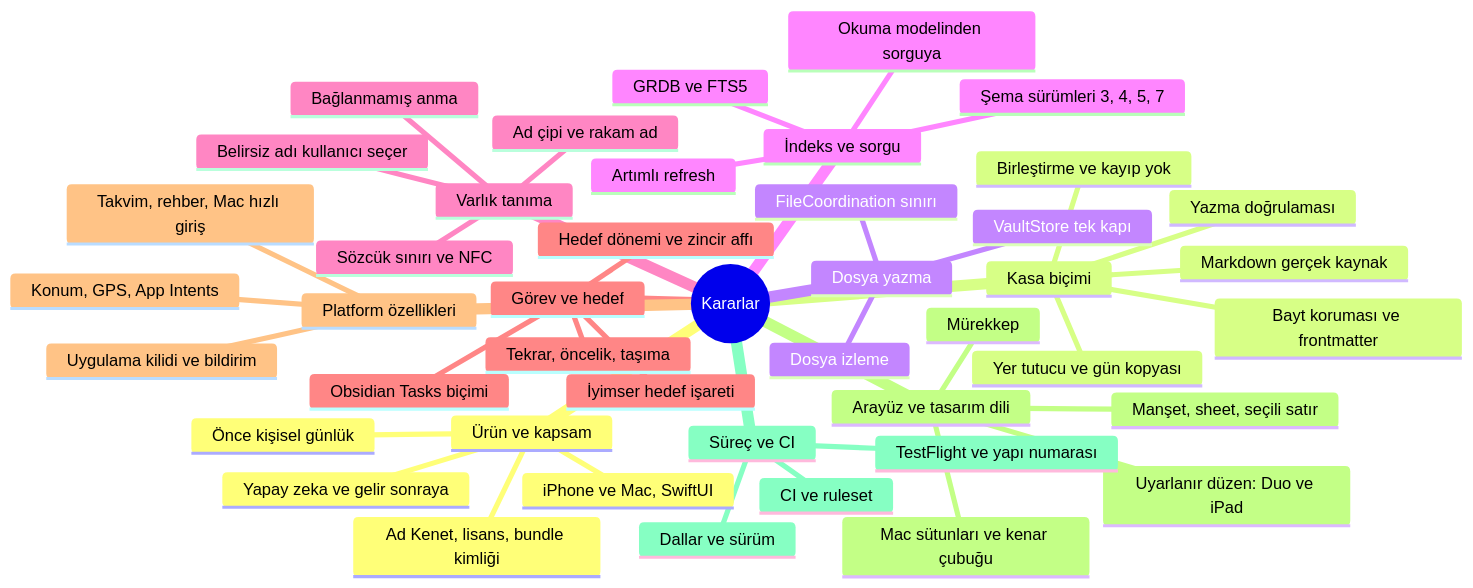
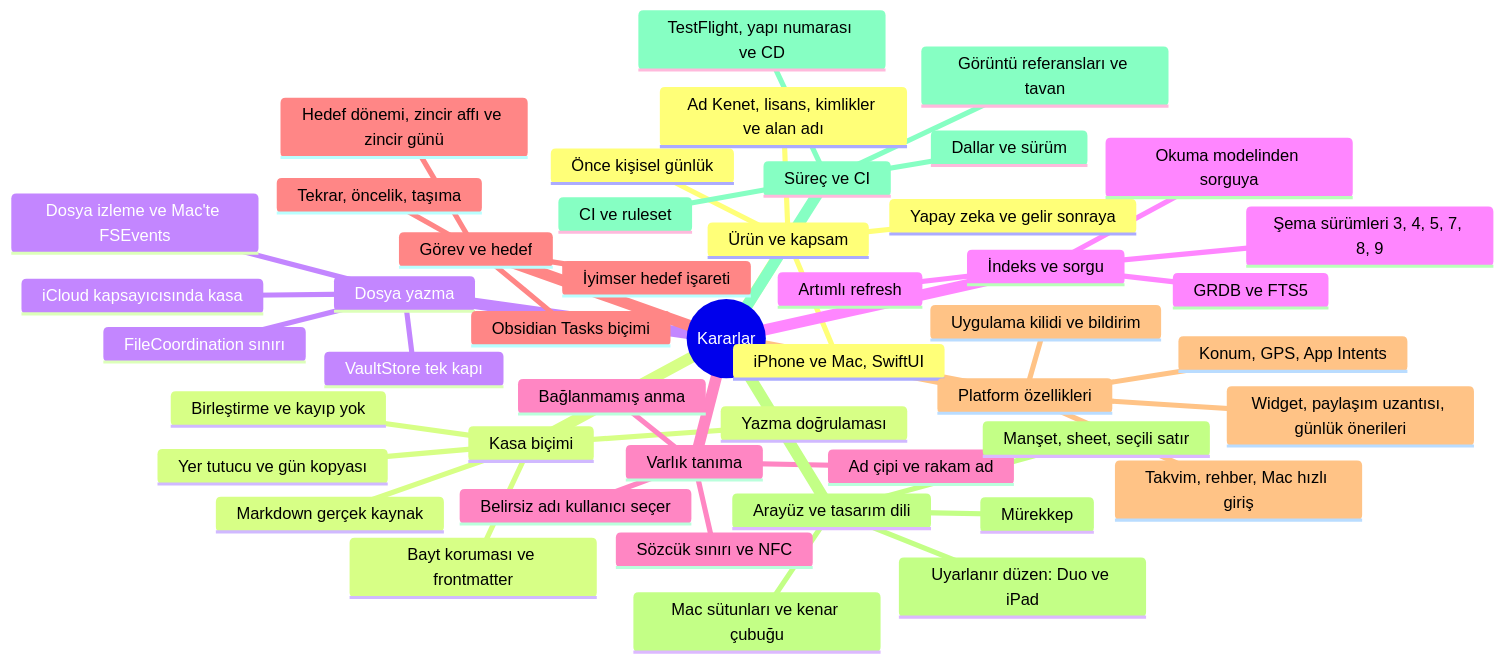
The second of 3 diagrams in docs/decisions.md (dogancanyildiz/kenet), drawn with Mermaid before and after one commit. The commit also changed other lines of this file and 4 other files, not shown here.

````diff
--- a/docs/decisions.md
+++ b/docs/decisions.md
@@ -29,47 +29,50 @@
 ```mermaid
 mindmap
   root((Kararlar))
     Ürün ve kapsam
       Önce kişisel günlük
       iPhone ve Mac, SwiftUI
-      Ad Kenet, lisans, bundle kimliği
+      Ad Kenet, lisans, kimlikler ve alan adı
       Yapay zeka ve gelir sonraya
     Kasa biçimi
       Markdown gerçek kaynak
       Bayt koruması ve frontmatter
       Yazma doğrulaması
       Birleştirme ve kayıp yok
       Yer tutucu ve gün kopyası
     Dosya yazma
       VaultStore tek kapı
       FileCoordination sınırı
-      Dosya izleme
+      Dosya izleme ve Mac'te FSEvents
+      iCloud kapsayıcısında kasa
     İndeks ve sorgu
       GRDB ve FTS5
       Artımlı refresh
-      Şema sürümleri 3, 4, 5, 7
+      Şema sürümleri 3, 4, 5, 7, 8, 9
       Okuma modelinden sorguya
     Varlık tanıma
       Sözcük sınırı ve NFC
       Belirsiz adı kullanıcı seçer
       Ad çipi ve rakam ad
       Bağlanmamış anma
     Görev ve hedef
       Obsidian Tasks biçimi
       Tekrar, öncelik, taşıma
-      Hedef dönemi ve zincir affı
+      Hedef dönemi, zincir affı ve zincir günü
       İyimser hedef işareti
     Platform özellikleri
       Uygulama kilidi ve bildirim
       Konum, GPS, App Intents
       Takvim, rehber, Mac hızlı giriş
+      Widget, paylaşım uzantısı, günlük önerileri
     Arayüz ve tasarım dili
       Mürekkep
       Manşet, sheet, seçili satır
       Mac sütunları ve kenar çubuğu
       Uyarlanır düzen: Duo ve iPad
     Süreç ve CI
       Dallar ve sürüm
       CI ve ruleset
-      TestFlight ve yapı numarası
+      TestFlight, yapı numarası ve CD
+      Görüntü referansları ve tavan
 ```
````
